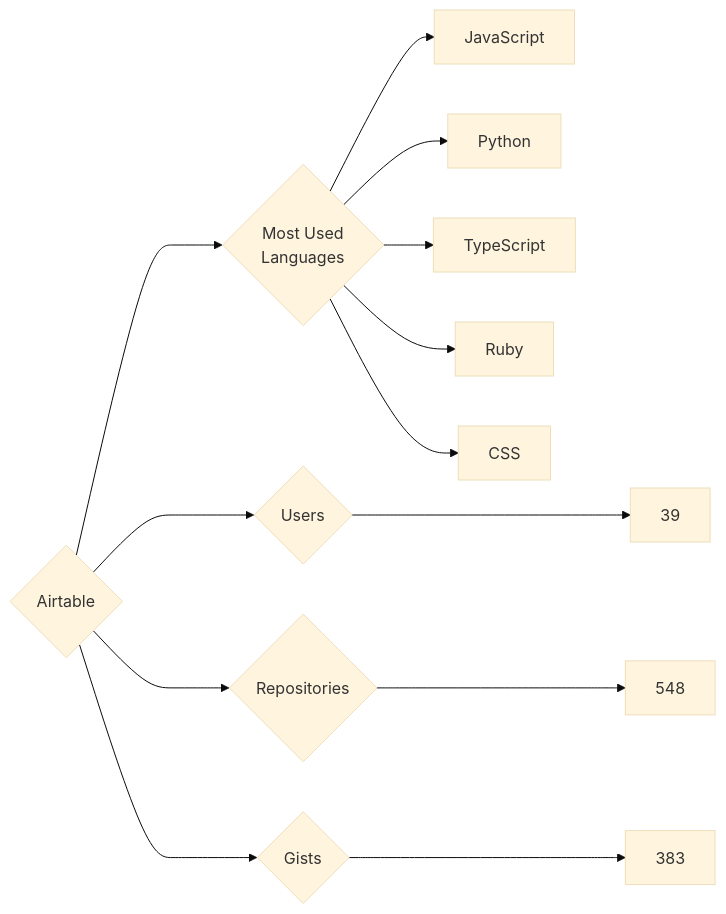
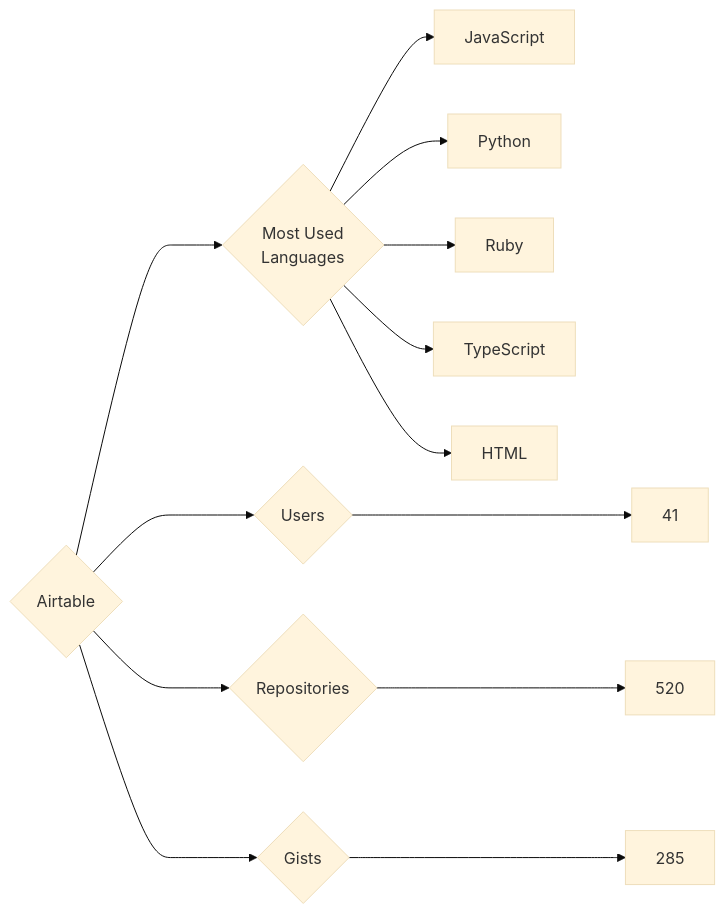
The diagram in targets/Airtable/README.md (trickest/insiders), drawn with Mermaid (base theme) before and after one commit. The commit also changed 1195 other files, not shown here.

````diff
--- a/targets/Airtable/README.md
+++ b/targets/Airtable/README.md
@@ -3,13 +3,13 @@
 ```mermaid
 graph LR
 COMPANY_NAME{Airtable}
-COMPANY_NAME ---> U{Users} ---> UN[39]
-COMPANY_NAME ---> R{Repositories} ---> RN[548]
-COMPANY_NAME ---> G{Gists} ---> GN[383]
+COMPANY_NAME ---> U{Users} ---> UN[41]
+COMPANY_NAME ---> R{Repositories} ---> RN[520]
+COMPANY_NAME ---> G{Gists} ---> GN[285]
 COMPANY_NAME ---> ML{Most Used<br>Languages}
 ML --> JavaScript[JavaScript]
 ML --> Python[Python]
+ML --> Ruby[Ruby]
 ML --> TypeScript[TypeScript]
-ML --> Ruby[Ruby]
-ML --> CSS[CSS]
+ML --> HTML[HTML]
 ```
````
